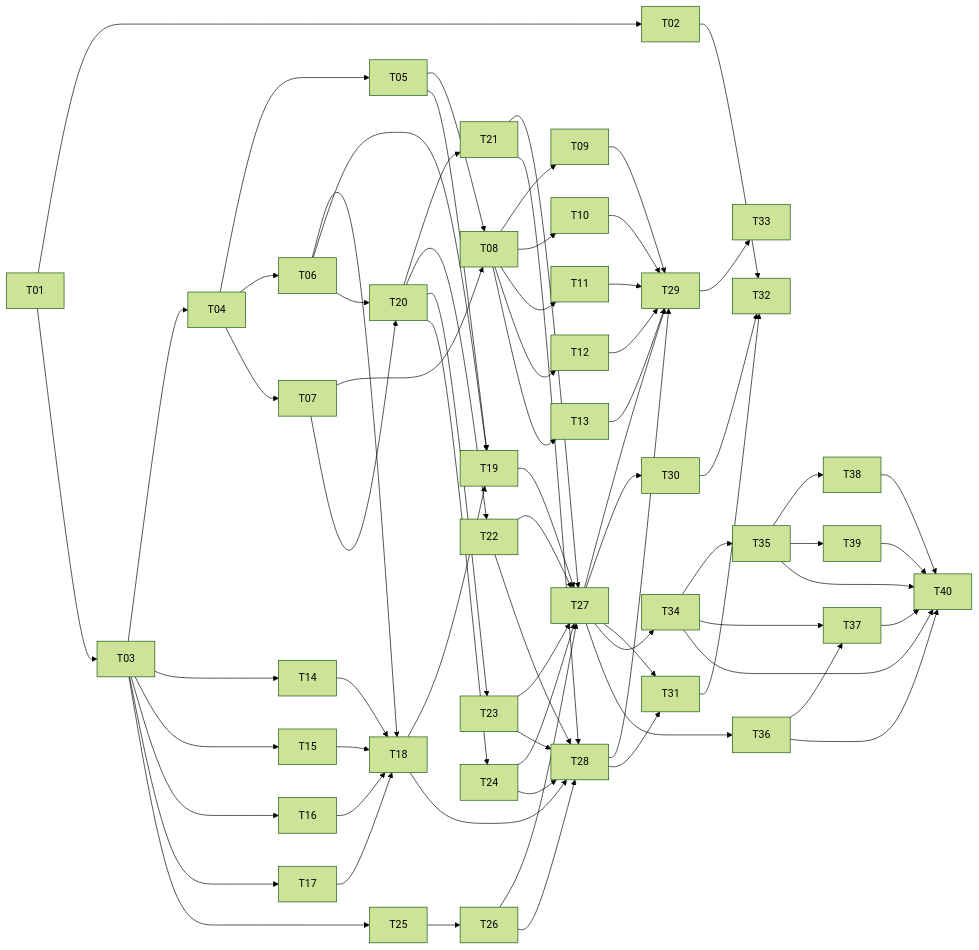
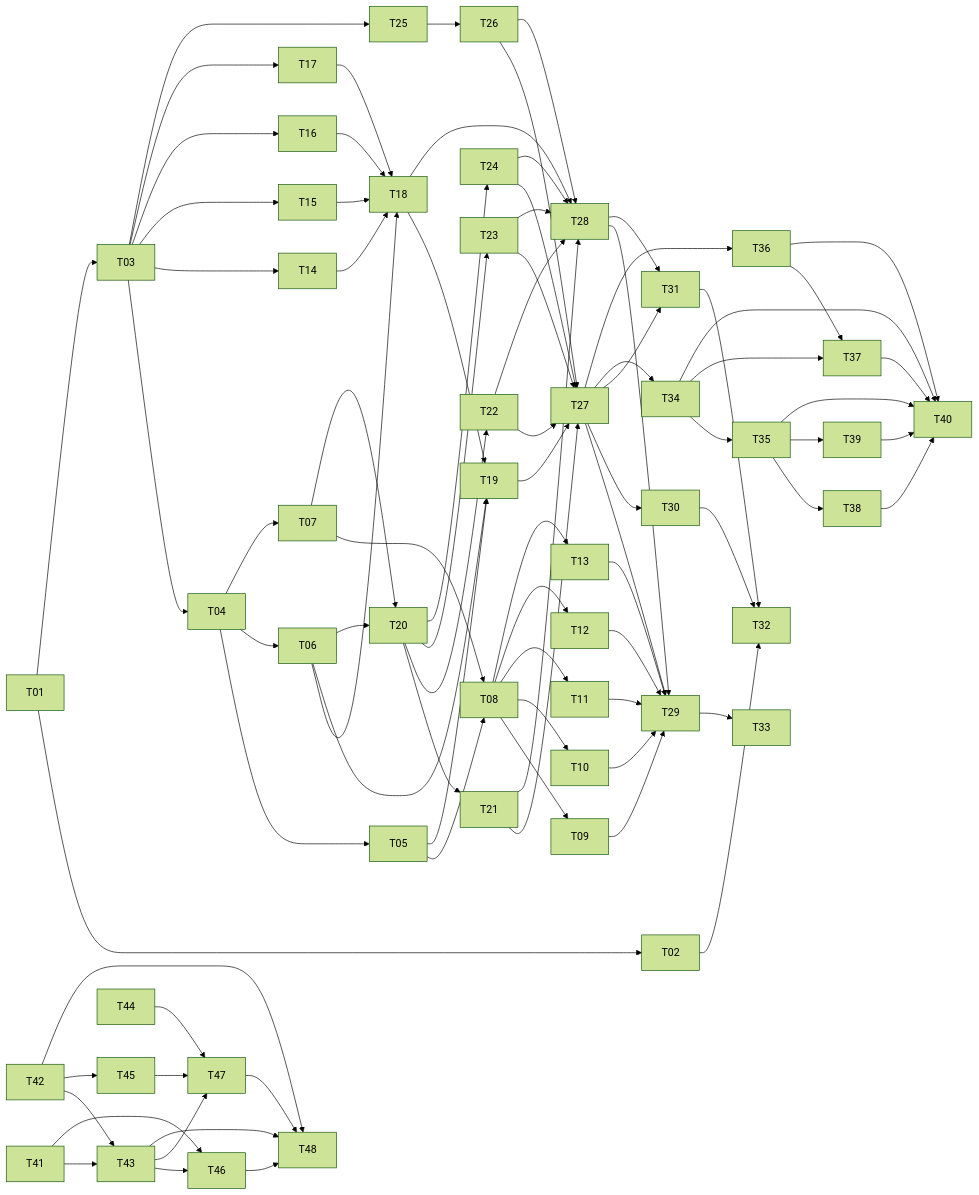
One commit to qivora-labs/agentinit changed the diagram in docs/tasks/README.md. Above: the diagram before and after it, drawn with Mermaid (forest theme). The commit also changed other lines of this file and 8 other files, not shown here.

````diff
--- a/docs/tasks/README.md
+++ b/docs/tasks/README.md
@@ -46,28 +46,33 @@
 ```mermaid
 graph LR
   T01 --> T02
   T01 --> T03
   T03 --> T04
   T04 --> T05 & T06 & T07
   T05 & T07 --> T08
   T08 --> T09 & T10 & T11 & T12 & T13
   T03 --> T14 & T15 & T16 & T17
   T06 & T14 & T15 & T16 & T17 --> T18
   T05 & T06 & T18 --> T19
   T06 & T07 --> T20
   T20 --> T21 & T22 & T23 & T24
   T03 --> T25
   T25 --> T26
   T19 & T21 & T22 & T23 & T24 & T26 --> T27
   T18 & T21 & T22 & T23 & T24 & T26 --> T28
   T27 & T28 & T09 & T10 & T11 & T12 & T13 --> T29
   T27 --> T30
   T27 & T28 --> T31
   T02 & T30 & T31 --> T32
   T29 --> T33
   T27 --> T34 & T36
   T34 --> T35
   T34 & T36 --> T37
   T35 --> T38 & T39
   T34 & T35 & T36 & T37 & T38 & T39 --> T40
+  T41 & T42 --> T43
+  T42 --> T45
+  T41 & T43 --> T46
+  T43 & T44 & T45 --> T47
+  T42 & T43 & T46 & T47 --> T48
 ```
````
